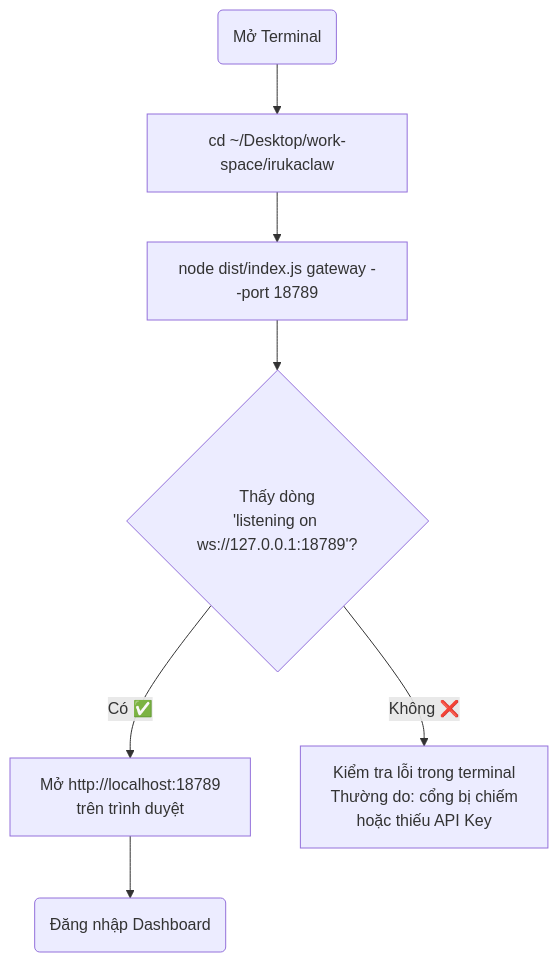
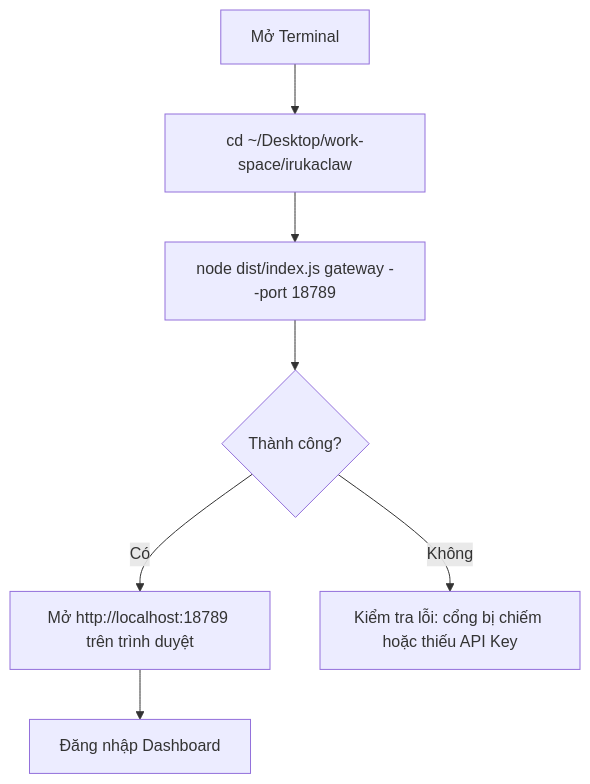
The first of 4 diagrams in huong-dan/bat-dau.md (orecateamedu/irukaclaw), drawn with Mermaid before and after one commit. The commit also changed other lines of this file and 4 other files, not shown here.

````diff
--- a/huong-dan/bat-dau.md
+++ b/huong-dan/bat-dau.md
@@ -85,9 +85,9 @@
 ```mermaid
 graph TD
-    A("Mở Terminal") --> B["cd ~/Desktop/work-space/irukaclaw"]
+    A["Mở Terminal"] --> B["cd ~/Desktop/work-space/irukaclaw"]
     B --> C["node dist/index.js gateway --port 18789"]
-    C --> D{"Thấy dòng<br>'listening on ws://127.0.0.1:18789'?"}
-    D -- Có ✅ --> E["Mở http://localhost:18789<br>trên trình duyệt"]
-    D -- Không ❌ --> F["Kiểm tra lỗi trong terminal<br>Thường do: cổng bị chiếm<br>hoặc thiếu API Key"]
-    E --> G("Đăng nhập Dashboard")
+    C --> D{"Thành công?"}
+    D -->|"Có"| E["Mở http://localhost:18789 trên trình duyệt"]
+    D -->|"Không"| F["Kiểm tra lỗi: cổng bị chiếm hoặc thiếu API Key"]
+    E --> G["Đăng nhập Dashboard"]
 ```
````
